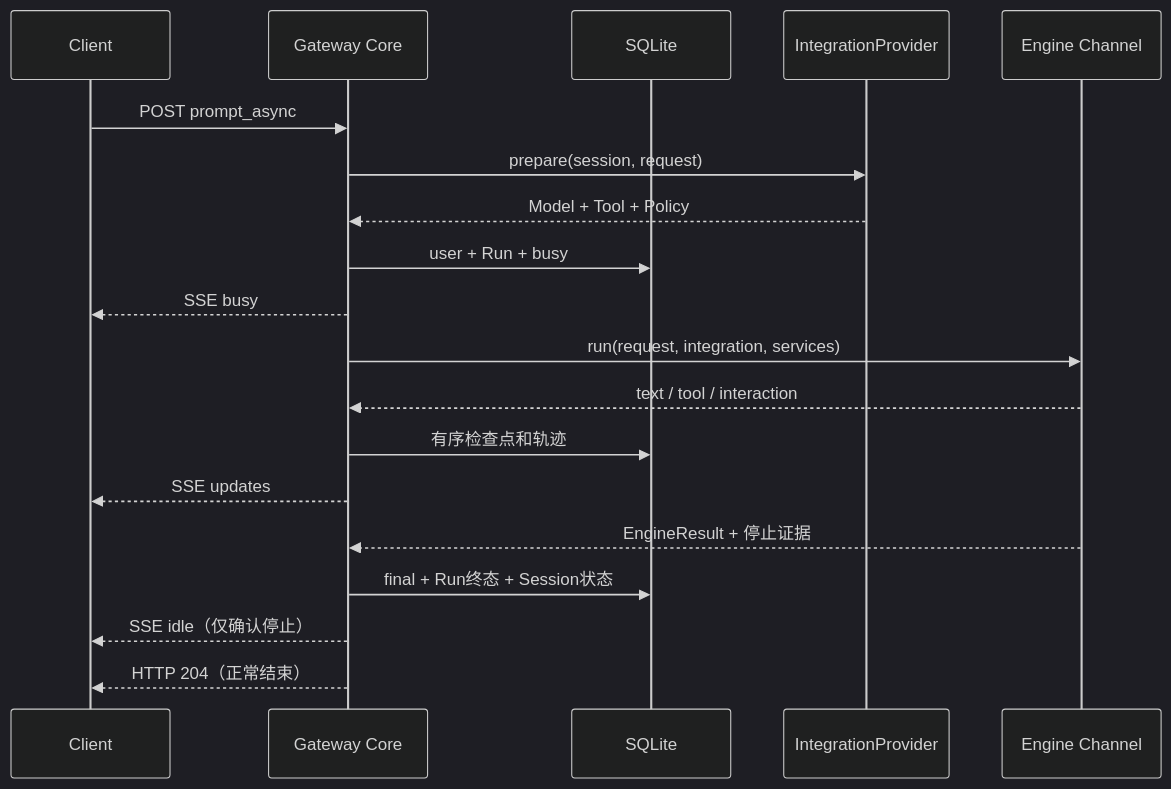
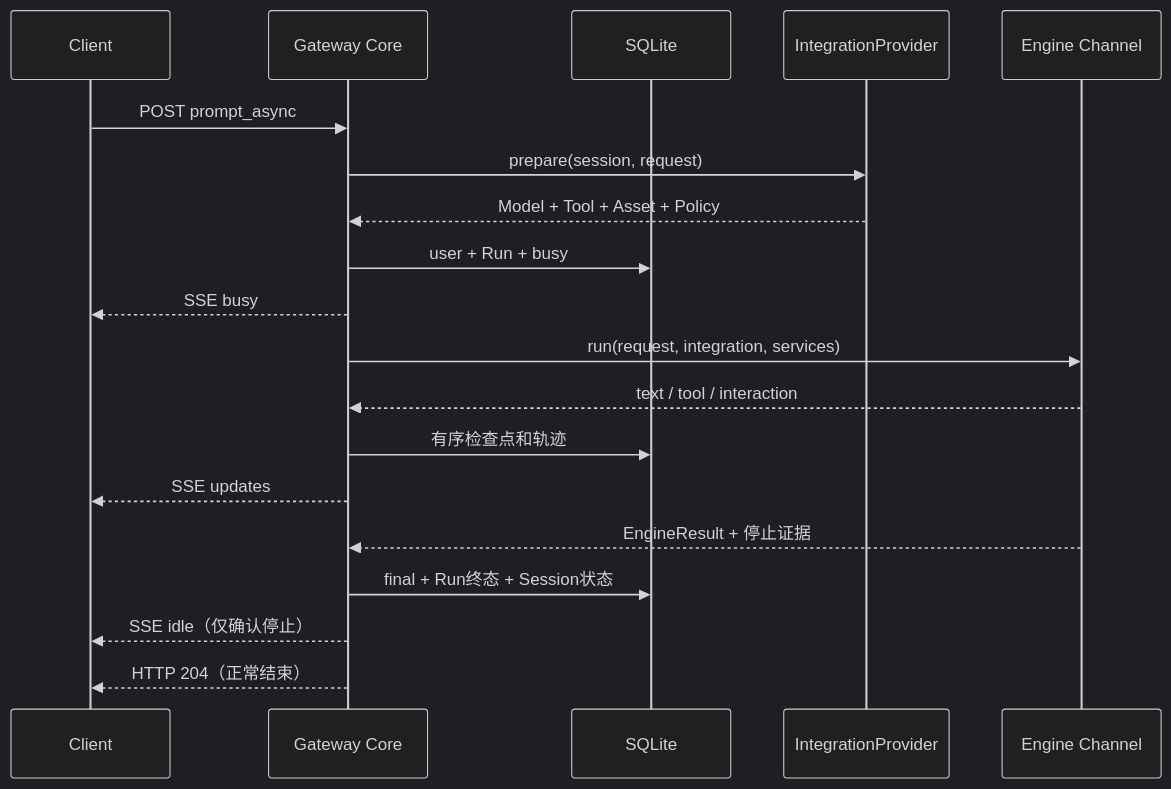
One commit to nhx0608/PNP changed the second of 2 diagrams in engineering/docs/spec/architecture.md. Above: the diagram before and after it, drawn with Mermaid (dark theme). The commit also changed other lines of this file and 23 other files, not shown here.

````diff
--- a/engineering/docs/spec/architecture.md
+++ b/engineering/docs/spec/architecture.md
@@ -86,21 +94,21 @@
 ```mermaid
 sequenceDiagram
   participant U as Client
   participant G as Gateway Core
   participant S as SQLite
   participant I as IntegrationProvider
   participant E as Engine Channel
   U->>G: POST prompt_async
   G->>I: prepare(session, request)
-  I-->>G: Model + Tool + Policy
+  I-->>G: Model + Tool + Asset + Policy
   G->>S: user + Run + busy
   G-->>U: SSE busy
   G->>E: run(request, integration, services)
   E-->>G: text / tool / interaction
   G->>S: 有序检查点和轨迹
   G-->>U: SSE updates
   E-->>G: EngineResult + 停止证据
   G->>S: final + Run终态 + Session状态
   G-->>U: SSE idle（仅确认停止）
   G-->>U: HTTP 204（正常结束）
 ```
````
